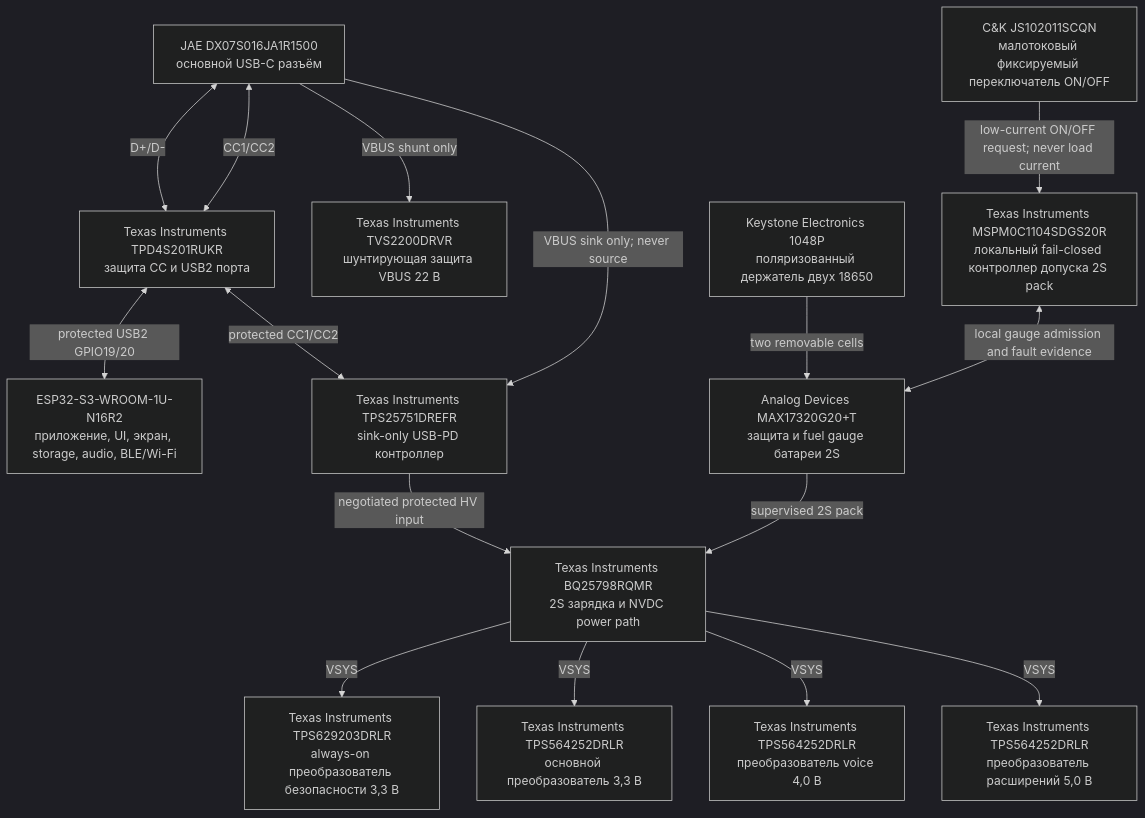
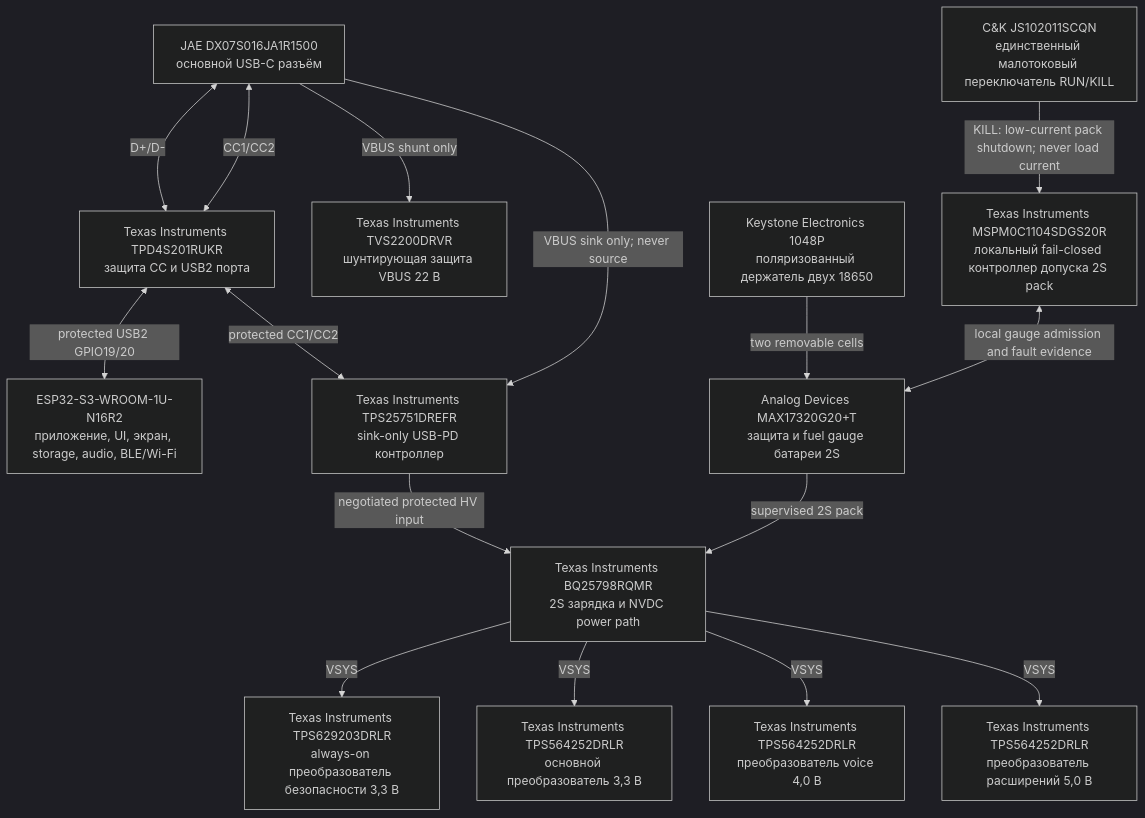
Before and after one commit to anton-vinogradov/esp32-leshy2: the ninth of 10 diagrams in README.ru.md, drawn with Mermaid (dark theme). The commit also changed other lines of this file and 25 other files, not shown here.

Commit message:
Replace stop controls with monitored RUN KILL safety

````diff
--- a/README.ru.md
+++ b/README.ru.md
@@ -273,29 +276,29 @@
 ```mermaid
 flowchart TD
 PRODUCT_USB_CONNECTOR["JAE DX07S016JA1R1500<br/>основной USB-C разъём"]
 PRODUCT_USB_PROTECTOR["Texas Instruments TPD4S201RUKR<br/>защита CC и USB2 порта"]
 S3["ESP32-S3-WROOM-1U-N16R2<br/>приложение, UI, экран, storage, audio, BLE/Wi-Fi"]
 PD_VBUS_TVS["Texas Instruments TVS2200DRVR<br/>шунтирующая защита VBUS 22 В"]
 PD_CONTROLLER["Texas Instruments TPS25751DREFR<br/>sink-only USB-PD контроллер"]
 NVDC_CHARGER["Texas Instruments BQ25798RQMR<br/>2S зарядка и NVDC power path"]
 PACK_HOLDER["Keystone Electronics 1048P<br/>поляризованный держатель двух 18650"]
 PACK_GAUGE["Analog Devices MAX17320G20+T<br/>защита и fuel gauge батареи 2S"]
 PACK_ADMISSION["Texas Instruments MSPM0C1104SDGS20R<br/>локальный fail-closed контроллер допуска 2S pack"]
-POWER_COMMAND_SWITCH["C&K JS102011SCQN<br/>малотоковый фиксируемый переключатель ON/OFF"]
+POWER_COMMAND_SWITCH["C&K JS102011SCQN<br/>единственный малотоковый переключатель RUN/KILL"]
 AON_BUCK["Texas Instruments TPS629203DRLR<br/>always-on преобразователь безопасности 3,3 В"]
 MAIN_BUCK["Texas Instruments TPS564252DRLR<br/>основной преобразователь 3,3 В"]
 VOICE_BUCK["Texas Instruments TPS564252DRLR<br/>преобразователь voice 4,0 В"]
 EXT_BUCK["Texas Instruments TPS564252DRLR<br/>преобразователь расширений 5,0 В"]
   PRODUCT_USB_CONNECTOR <-->|"D+/D-"| PRODUCT_USB_PROTECTOR <-->|"protected USB2 GPIO19/20"| S3
   PRODUCT_USB_CONNECTOR <-->|"CC1/CC2"| PRODUCT_USB_PROTECTOR <-->|"protected CC1/CC2"| PD_CONTROLLER
   PRODUCT_USB_CONNECTOR -->|"VBUS sink only; never source"| PD_CONTROLLER
   PRODUCT_USB_CONNECTOR -->|"VBUS shunt only"| PD_VBUS_TVS
   PD_CONTROLLER -->|"negotiated protected HV input"| NVDC_CHARGER
   PACK_HOLDER -->|"two removable cells"| PACK_GAUGE -->|"supervised 2S pack"| NVDC_CHARGER
-  POWER_COMMAND_SWITCH -->|"low-current ON/OFF request; never load current"| PACK_ADMISSION
+  POWER_COMMAND_SWITCH -->|"KILL: low-current pack shutdown; never load current"| PACK_ADMISSION
   PACK_ADMISSION <-->|"local gauge admission and fault evidence"| PACK_GAUGE
   NVDC_CHARGER -->|"VSYS"| AON_BUCK
   NVDC_CHARGER -->|"VSYS"| MAIN_BUCK
   NVDC_CHARGER -->|"VSYS"| VOICE_BUCK
   NVDC_CHARGER -->|"VSYS"| EXT_BUCK
 ```
````
